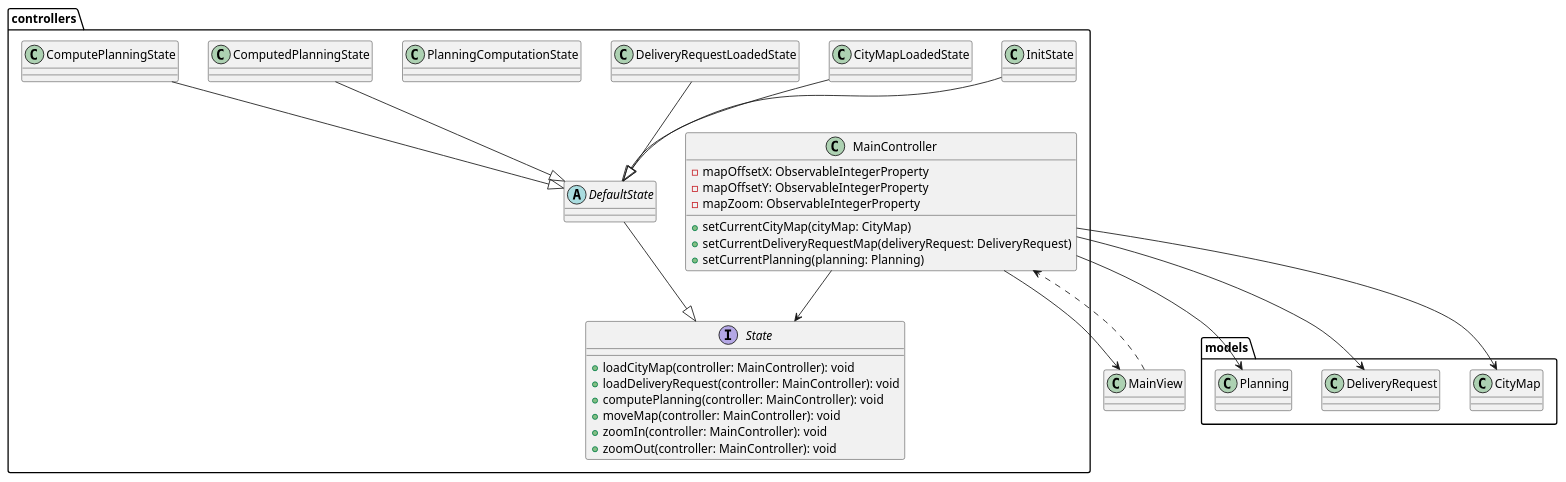
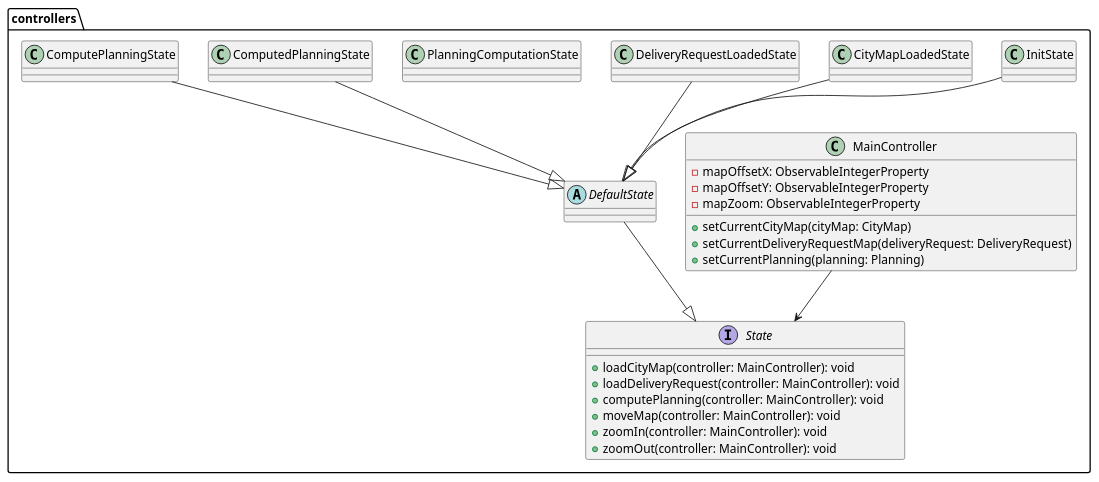
The diagram in docs/uml/package.controller.puml (if-h4102/pld-agile), drawn with PlantUML before and after one commit.

Commit message:
Package.controller now only shows the package controller

```diff
--- a/docs/uml/package.controller.puml
+++ b/docs/uml/package.controller.puml
@@ -1,81 +1,62 @@
 @startuml
 
-package "models" {
-    class CityMap {
-
-    }
-    class DeliveryRequest {
-
-    }
-    class Planning {
-
-    }
-}
 
 package "controllers" {
     class MainController {
 '        -currentCityMap: ObservableObjectProperty<CityMap>
 '        -currentDeliveryGraph: ObservableObjectProperty<DeliveryGraph>
 '        -currentPlanning: ObservableObjectProperty<Planning>
         -mapOffsetX: ObservableIntegerProperty
         -mapOffsetY: ObservableIntegerProperty
         -mapZoom: ObservableIntegerProperty
         +setCurrentCityMap(cityMap: CityMap)
         +setCurrentDeliveryRequestMap(deliveryRequest: DeliveryRequest)
         +setCurrentPlanning(planning: Planning)
     }
 
     interface State {
         +loadCityMap(controller: MainController): void
         +loadDeliveryRequest(controller: MainController): void
         +computePlanning(controller: MainController): void
         +moveMap(controller: MainController): void
         +zoomIn(controller: MainController): void
         +zoomOut(controller: MainController): void
     }
 
     abstract DefaultState {
 
     }
 
     class InitState {
 
     }
 
     class CityMapLoadedState {
 
     }
 
     class DeliveryRequestLoadedState {
 
     }
 
     class PlanningComputationState {
 
     }
 
     class ComputedPlanningState {
 
     }
 
     DefaultState --|> State
     InitState --|> DefaultState
     CityMapLoadedState --|> DefaultState
     DeliveryRequestLoadedState --|> DefaultState
     ComputePlanningState --|> DefaultState
     ComputedPlanningState --|> DefaultState
 
     MainController --> State
 }
 
 
 
-MainController --> CityMap
-MainController --> Planning
-MainController --> DeliveryRequest
-MainController --> MainView
-MainView ..> MainController
-
-
-
 @enduml
```
